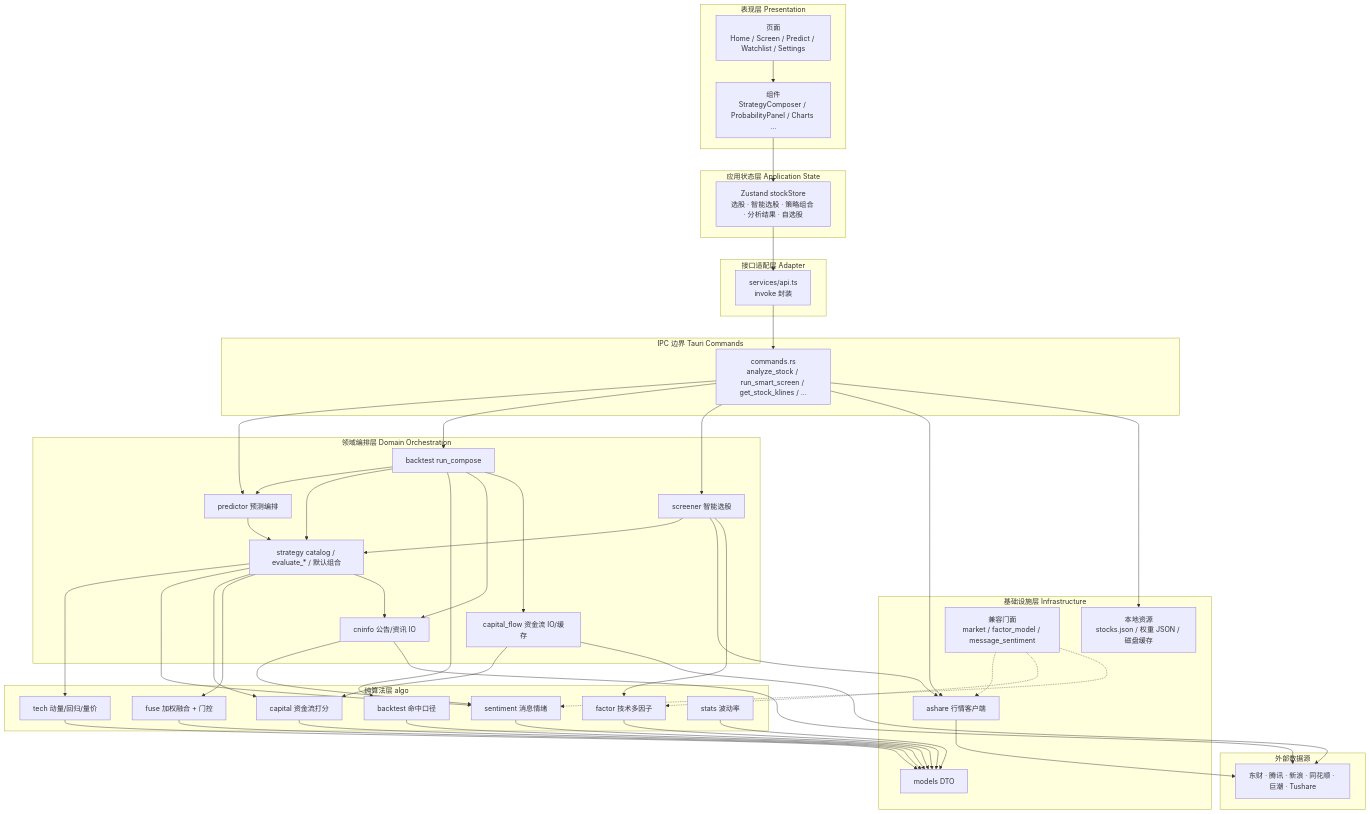
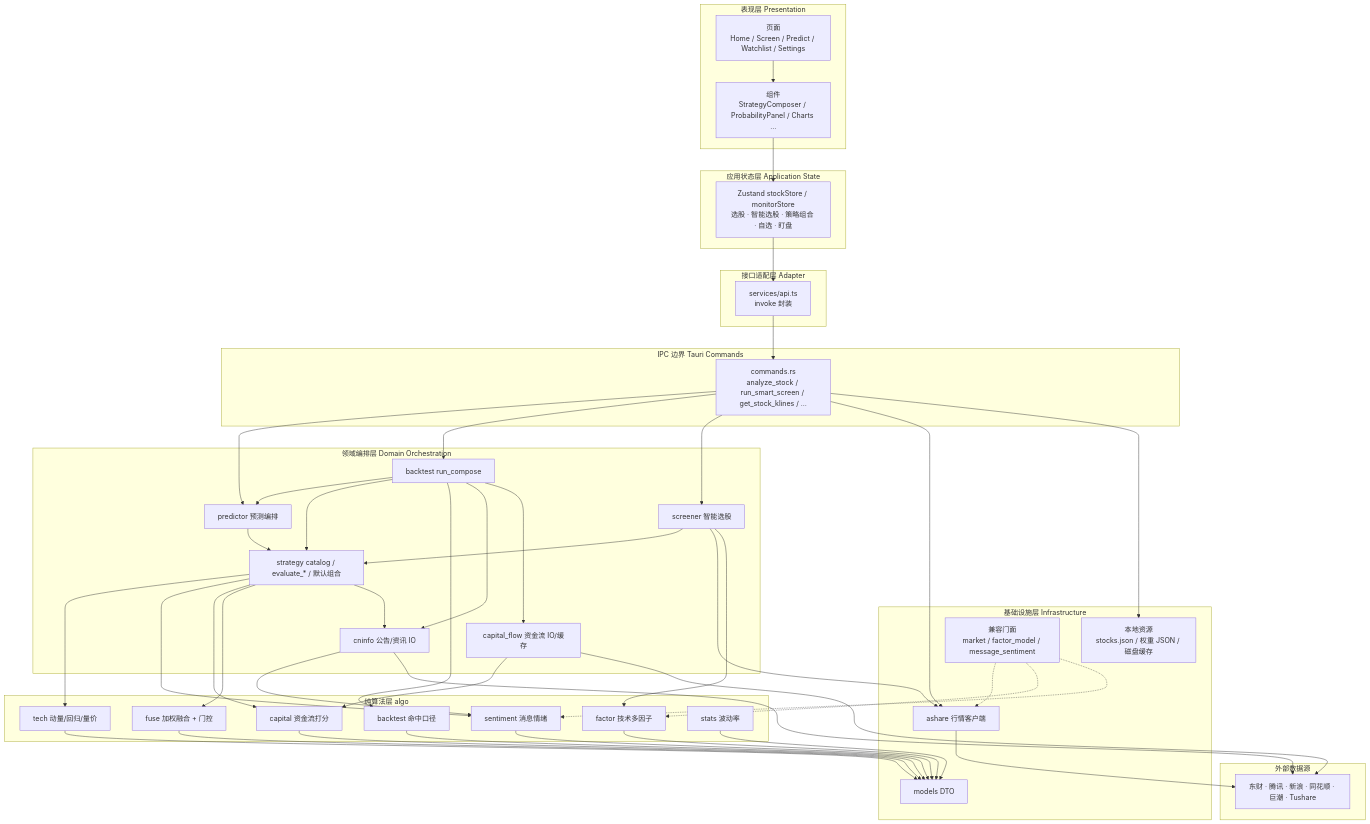
The first of 18 diagrams in docs/软件设计说明.md (wuyanwen1997-wyw/stock-predict), drawn with Mermaid before and after one commit. The commit also changed other lines of this file and 27 other files, not shown here.

````diff
--- a/docs/软件设计说明.md
+++ b/docs/软件设计说明.md
@@ -28,67 +28,67 @@
 ```mermaid
 flowchart TB
     subgraph 表现层["表现层 Presentation"]
         PAGES["页面<br/>Home / Screen / Predict / Watchlist / Settings"]
         COMP["组件<br/>StrategyComposer / ProbabilityPanel / Charts …"]
     end
 
     subgraph 应用状态层["应用状态层 Application State"]
-        STORE["Zustand stockStore<br/>选股 · 智能选股 · 策略组合 · 分析结果 · 自选股"]
+        STORE["Zustand stockStore / monitorStore<br/>选股 · 智能选股 · 策略组合 · 自选 · 盯盘"]
     end
 
     subgraph 接口适配层["接口适配层 Adapter"]
         API["services/api.ts<br/>invoke 封装"]
     end
 
     subgraph IPC边界["IPC 边界 Tauri Commands"]
         CMD["commands.rs<br/>analyze_stock / run_smart_screen / get_stock_klines / …"]
     end
 
     subgraph 领域编排层["领域编排层 Domain Orchestration"]
         PRED["predictor 预测编排"]
         STR["strategy catalog / evaluate_* / 默认组合"]
         BT["backtest run_compose"]
         SCR["screener 智能选股"]
         CNI["cninfo 公告/资讯 IO"]
         CAPIO["capital_flow 资金流 IO/缓存"]
     end
 
     subgraph 纯算法层["纯算法层 algo"]
         FAC["factor 技术多因子"]
         TECH["tech 动量/回归/量价"]
         FUSE["fuse 加权融合 + 门控"]
         SENT["sentiment 消息情绪"]
         CAPA["capital 资金流打分"]
         BTA["backtest 命中口径"]
         STAT["stats 波动率"]
     end
 
     subgraph 基础设施层["基础设施层 Infrastructure"]
         ASH["ashare 行情客户端"]
         MOD["models DTO"]
         RES["本地资源<br/>stocks.json / 权重 JSON / 磁盘缓存"]
         FACADES["兼容门面<br/>market / factor_model / message_sentiment"]
     end
 
     subgraph 外部系统["外部数据源"]
         EXT["东财 · 腾讯 · 新浪 · 同花顺 · 巨潮 · Tushare"]
     end
 
     PAGES --> COMP
     COMP --> STORE
     STORE --> API
     API --> CMD
     CMD --> PRED & BT & SCR & ASH
     PRED --> STR
     SCR --> STR & ASH & FAC
     STR --> TECH & SENT & CAPA & FUSE
     STR --> CNI
     BT --> PRED & STR & BTA
     BT --> CNI & CAPIO
     CAPIO --> CAPA
     CNI --> SENT
     ASH & CNI & CAPIO --> EXT
     CMD --> RES
     FACADES -.-> ASH & FAC & SENT
     FAC & TECH & FUSE & SENT & CAPA & BTA & STAT --> MOD
 ```
````
